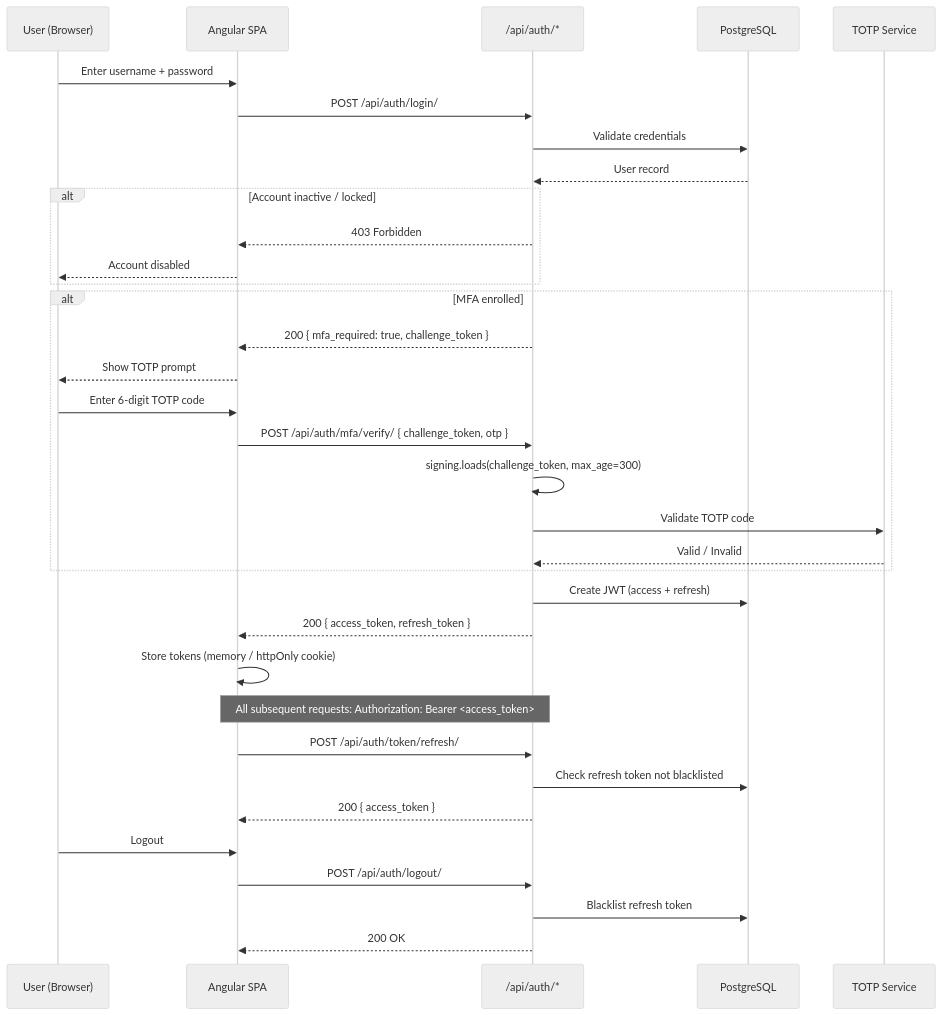
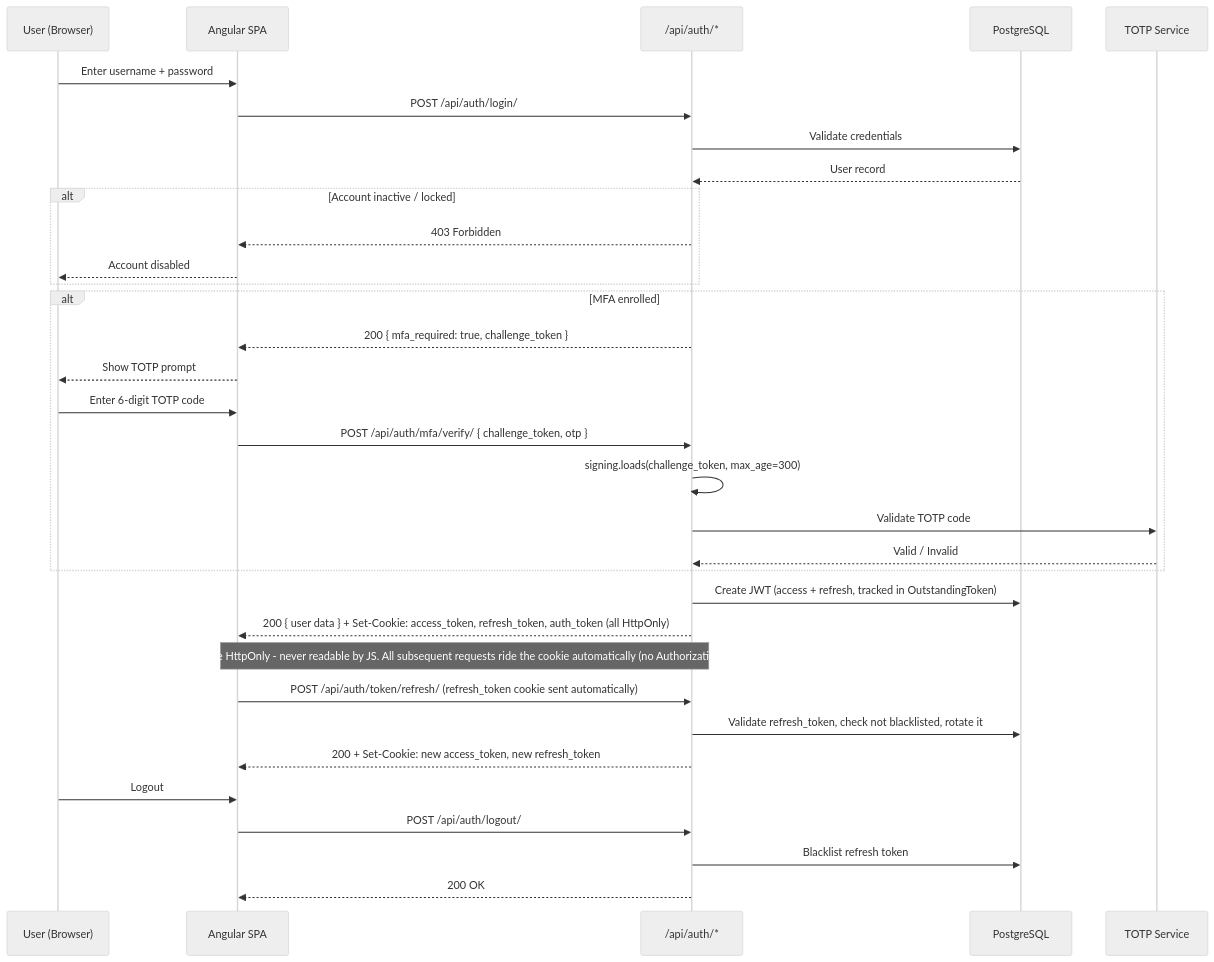
The second of 11 diagrams in docs/ARCHITECTURE.md (arslant84/tms.app), drawn with Mermaid (neutral theme) before and after one commit. The commit also changed other lines of this file, not shown here.

Commit message:
Fix accuracy issues found auditing ARCHITECTURE.md against real code
The MFA/JWT sequence diagram described tokens being returned in the JSON
body and stored client-side; login/refresh actually set them as HttpOnly
cookies server-side, so JS never sees them and requests carry no
Authorization header. Also updated the stale permission count (65 -> 57
after Fix 9's deletions), the reports permission gate description to
mention Fix 9 widening it to accept export_data, and added the
python-crontab dependency to the key dependencies table.

````diff
--- a/docs/ARCHITECTURE.md
+++ b/docs/ARCHITECTURE.md
@@ -69,43 +69,42 @@
 ```mermaid
 sequenceDiagram
     participant U as User (Browser)
     participant SPA as Angular SPA
     participant API as /api/auth/*
     participant DB as PostgreSQL
     participant OTP as TOTP Service
 
     U->>SPA: Enter username + password
     SPA->>API: POST /api/auth/login/
     API->>DB: Validate credentials
     DB-->>API: User record
 
     alt Account inactive / locked
         API-->>SPA: 403 Forbidden
         SPA-->>U: Account disabled
     end
 
     alt MFA enrolled
         API-->>SPA: 200 { mfa_required: true, challenge_token }
         SPA-->>U: Show TOTP prompt
         U->>SPA: Enter 6-digit TOTP code
         SPA->>API: POST /api/auth/mfa/verify/ { challenge_token, otp }
         API->>API: signing.loads(challenge_token, max_age=300)
         API->>OTP: Validate TOTP code
         OTP-->>API: Valid / Invalid
     end
 
-    API->>DB: Create JWT (access + refresh)
-    API-->>SPA: 200 { access_token, refresh_token }
-    SPA->>SPA: Store tokens (memory / httpOnly cookie)
+    API->>DB: Create JWT (access + refresh, tracked in OutstandingToken)
+    API-->>SPA: 200 { user data } + Set-Cookie: access_token, refresh_token, auth_token (all HttpOnly)
 
-    Note over SPA,API: All subsequent requests: Authorization: Bearer <access_token>
+    Note over SPA,API: Cookies are HttpOnly - never readable by JS. All subsequent requests ride the cookie automatically (no Authorization header).
 
-    SPA->>API: POST /api/auth/token/refresh/
-    API->>DB: Check refresh token not blacklisted
-    API-->>SPA: 200 { access_token }
+    SPA->>API: POST /api/auth/token/refresh/ (refresh_token cookie sent automatically)
+    API->>DB: Validate refresh_token, check not blacklisted, rotate it
+    API-->>SPA: 200 + Set-Cookie: new access_token, new refresh_token
 
     U->>SPA: Logout
     SPA->>API: POST /api/auth/logout/
     API->>DB: Blacklist refresh token
     API-->>SPA: 200 OK
 ```
````
